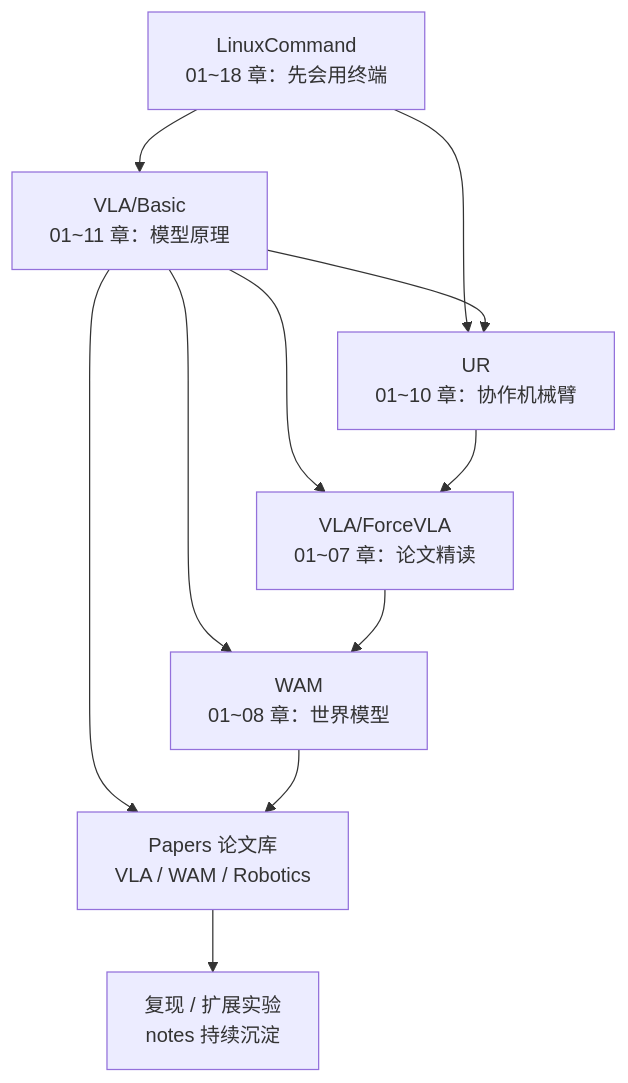
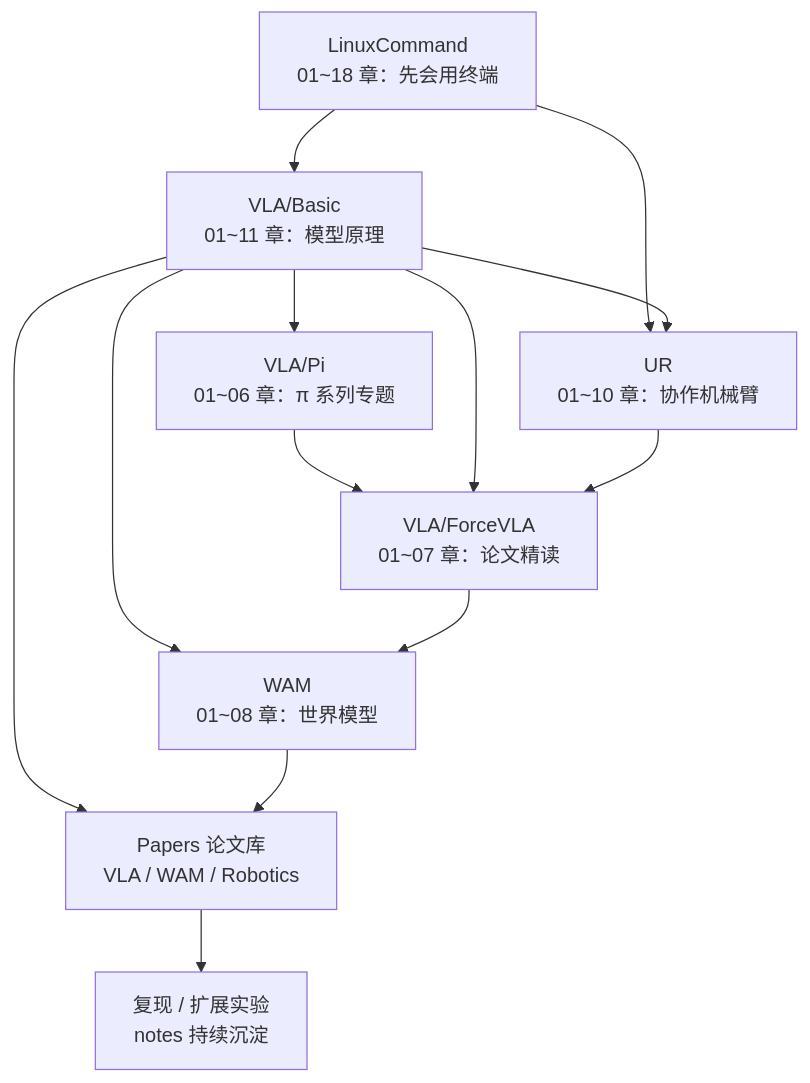
One commit to sl3597/learning changed the diagram in Knowledge/00-README.md. Above: the diagram before and after it, drawn with Mermaid. The commit also changed other lines of this file and 10 other files, not shown here.

````diff
--- a/Knowledge/00-README.md
+++ b/Knowledge/00-README.md
@@ -19,13 +19,15 @@
 ```mermaid
 flowchart TD
   A[LinuxCommand<br/>01~18 章：先会用终端] --> B[VLA/Basic<br/>01~11 章：模型原理]
-  B --> C[VLA/ForceVLA<br/>01~07 章：论文精读]
+  B --> PI[VLA/Pi<br/>01~06 章：π 系列专题]
+  PI --> C[VLA/ForceVLA<br/>01~07 章：论文精读]
+  B --> C
   B --> D[WAM<br/>01~08 章：世界模型]
   C --> D
   A --> U[UR<br/>01~10 章：协作机械臂]
   U --> C
   B --> U
   B --> P[Papers 论文库<br/>VLA / WAM / Robotics]
   D --> P
   P --> E[复现 / 扩展实验<br/>notes 持续沉淀]
 ```
````
